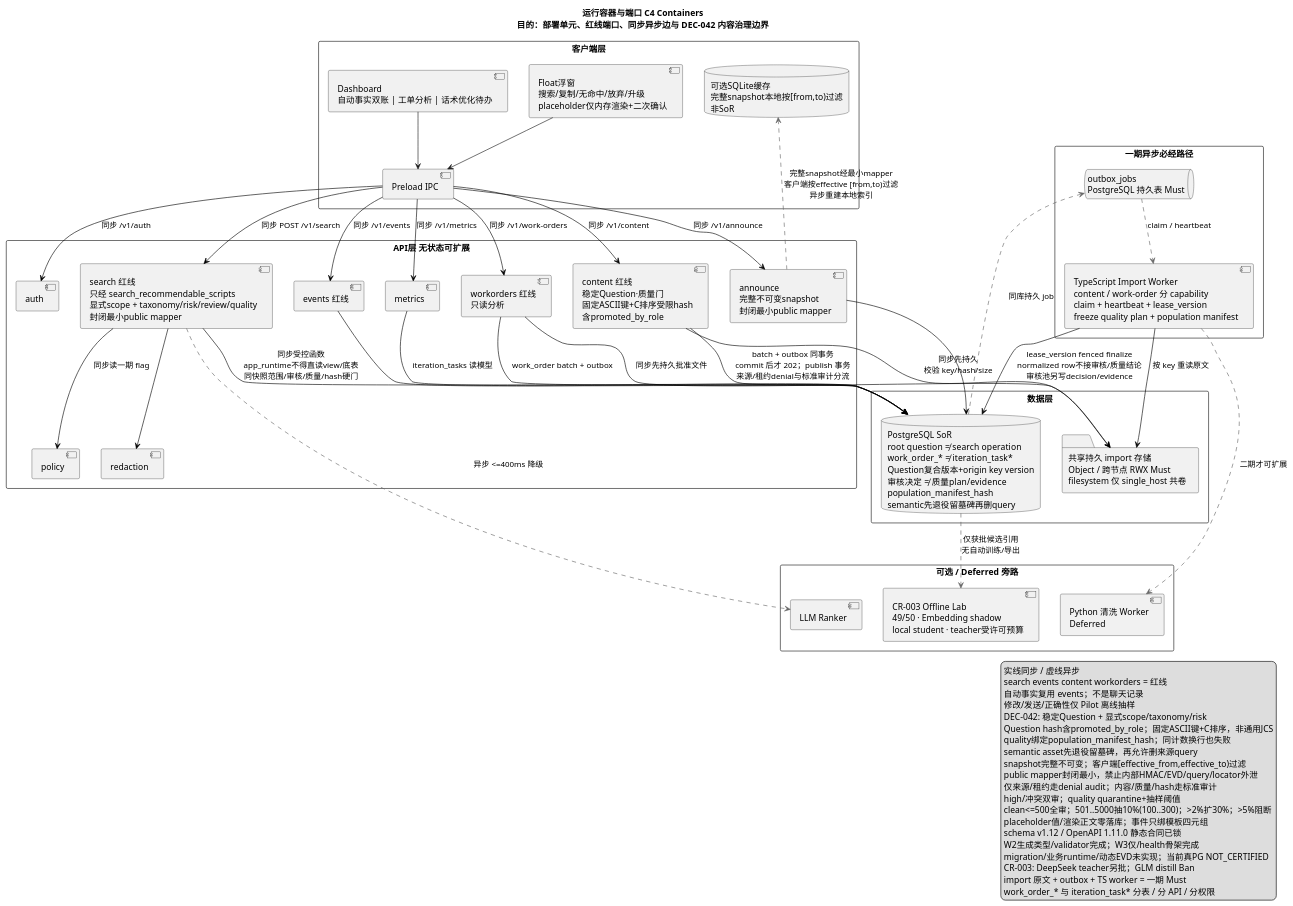
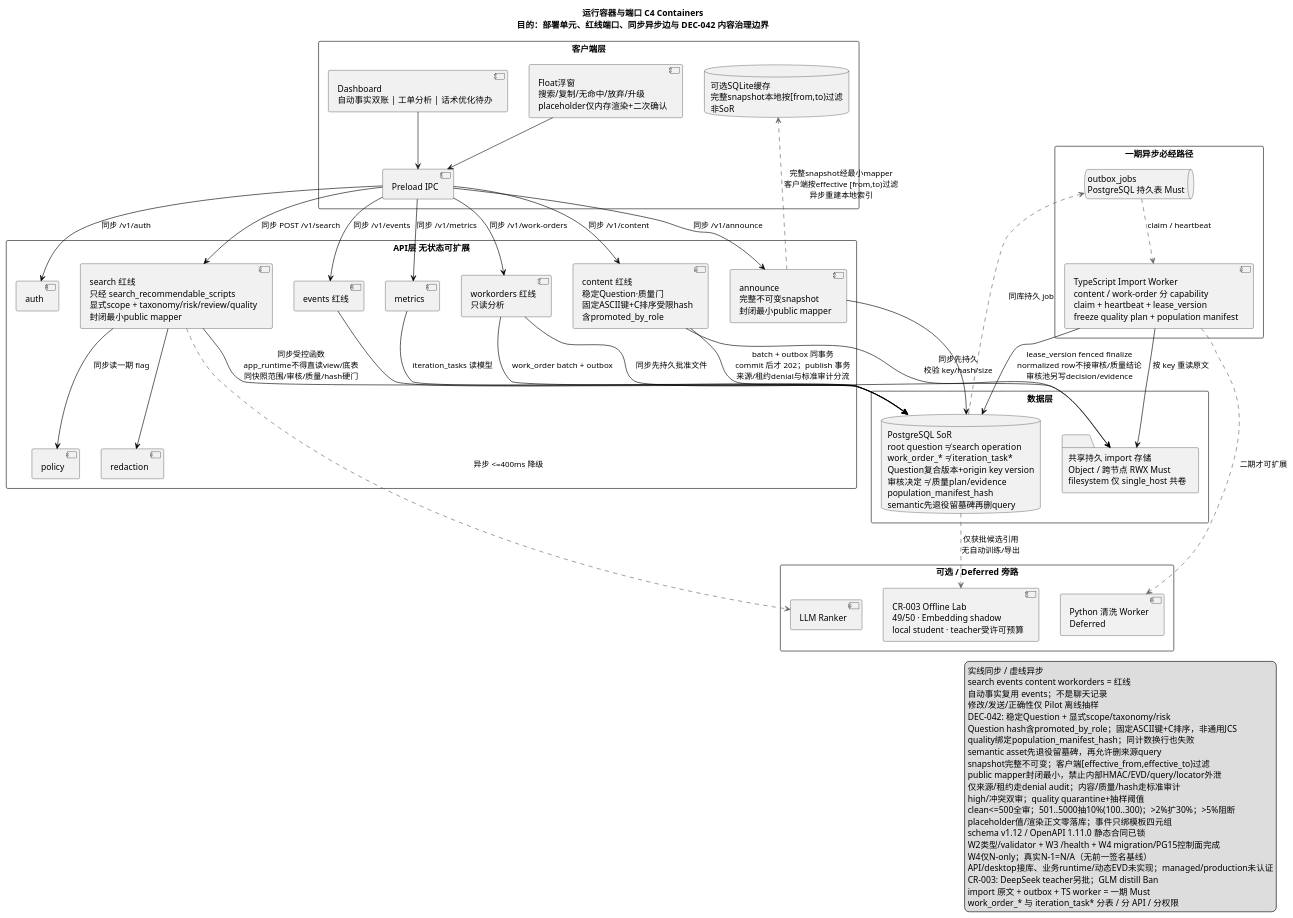
The diagram in business-docs/01-客服Agent项目/20-设计-进行中/diagrams/02-运行容器与端口.puml (weiweity/tianyuan-ai-brief), drawn with PlantUML before and after one commit. The commit also changed 30 other files, not shown here.

```diff
--- a/business-docs/01-客服Agent项目/20-设计-进行中/diagrams/02-运行容器与端口.puml
+++ b/business-docs/01-客服Agent项目/20-设计-进行中/diagrams/02-运行容器与端口.puml
@@ -1,92 +1,93 @@
 @startuml
 skinparam shadowing false
 title 运行容器与端口 C4 Containers\n目的：部署单元、红线端口、同步异步边与 DEC-042 内容治理边界
 
 rectangle "客户端层" {
   [Float浮窗\n搜索/复制/无命中/放弃/升级\nplaceholder仅内存渲染+二次确认] as Float
   [Dashboard\n自动事实双账 | 工单分析 | 话术优化待办] as Dash
   [Preload IPC] as IPC
   database "可选SQLite缓存\n完整snapshot本地按[from,to)过滤\n非SoR" as Cache
 }
 
 rectangle "API层 无状态可扩展" {
   [auth] as Auth
   [search 红线\n只经 search_recommendable_scripts\n显式scope + taxonomy/risk/review/quality\n封闭最小public mapper] as Search
   [events 红线] as Events
   [metrics] as Metrics
   [workorders 红线\n只读分析] as WorkOrders
   [content 红线\n稳定Question·质量门\n固定ASCII键+C排序受限hash\n含promoted_by_role] as Content
   [announce\n完整不可变snapshot\n封闭最小public mapper] as Announce
   [policy] as Policy
   [redaction] as Redact
 }
 
 rectangle "数据层" {
   database "PostgreSQL SoR\nroot question ≠ search operation\nwork_order_* ≠ iteration_task*\nQuestion复合版本+origin key version\n审核决定 ≠ 质量plan/evidence\npopulation_manifest_hash\nsemantic先退役留墓碑再删query" as PG
   folder "共享持久 import 存储\nObject / 跨节点 RWX Must\nfilesystem 仅 single_host 共卷" as OBJ
 }
 
 rectangle "一期异步必经路径" {
   queue "outbox_jobs\nPostgreSQL 持久表 Must" as Outbox
     [TypeScript Import Worker\ncontent / work-order 分 capability\nclaim + heartbeat + lease_version\nfreeze quality plan + population manifest] as ImportWorker
 }
 
 rectangle "可选 / Deferred 旁路" {
   [LLM Ranker] as LLM
   [Python 清洗 Worker\nDeferred] as CleanWorker
   [CR-003 Offline Lab\n49/50 · Embedding shadow\nlocal student · teacher受许可预算] as OfflineLab
 }
 
 Float --> IPC
 Dash --> IPC
 IPC -[#000000]-> Auth : 同步 /v1/auth
 IPC -[#000000]-> Search : 同步 POST /v1/search
 IPC -[#000000]-> Events : 同步 /v1/events
 IPC -[#000000]-> Metrics : 同步 /v1/metrics
 IPC -[#000000]-> WorkOrders : 同步 /v1/work-orders
 IPC -[#000000]-> Content : 同步 /v1/content
 IPC -[#000000]-> Announce : 同步 /v1/announce
 
 Search -[#000000]-> Redact
 Search -[#000000]-> Policy : 同步读一期 flag
 Search -[#000000]-> PG : 同步受控函数\napp_runtime不得直读view/底表\n同快照范围/审核/质量/hash硬门
 Events -[#000000]-> PG
 Metrics -[#000000]-> PG : iteration_tasks 读模型
 WorkOrders -[#000000]-> OBJ : 同步先持久批准文件
 WorkOrders -[#000000]-> PG : work_order batch + outbox
 Content -[#000000]-> OBJ : 同步先持久\n校验 key/hash/size
 Content -[#000000]-> PG : batch + outbox 同事务\ncommit 后才 202；publish 事务\n来源/租约denial与标准审计分流
 Announce -[#000000]-> PG
 
 Search -[#666666,dashed]-> LLM : 异步 <=400ms 降级
 PG -[#666666,dashed]-> Outbox : 同库持久 job
 Outbox -[#666666,dashed]-> ImportWorker : claim / heartbeat
 ImportWorker -[#000000]-> OBJ : 按 key 重读原文
 ImportWorker -[#000000]-> PG : lease_version fenced finalize\nnormalized row不接审核/质量结论\n审核池另写decision/evidence
 ImportWorker -[#666666,dashed]-> CleanWorker : 二期才可扩展
 Announce -[#666666,dashed]-> Cache : 完整snapshot经最小mapper\n客户端按effective [from,to)过滤\n异步重建本地索引
 PG -[#666666,dashed]-> OfflineLab : 仅获批候选引用\n无自动训练/导出
 
 legend right
   实线同步 / 虚线异步
   search events content workorders = 红线
   自动事实复用 events；不是聊天记录
   修改/发送/正确性仅 Pilot 离线抽样
   DEC-042: 稳定Question + 显式scope/taxonomy/risk
   Question hash含promoted_by_role；固定ASCII键+C排序，非通用JCS
   quality绑定population_manifest_hash；同计数换行也失败
   semantic asset先退役留墓碑，再允许删来源query
   snapshot完整不可变；客户端[effective_from,effective_to)过滤
   public mapper封闭最小，禁止内部HMAC/EVD/query/locator外泄
   仅来源/租约走denial audit；内容/质量/hash走标准审计
   high/冲突双审；quality quarantine+抽样阈值
   clean<=500全审；501..5000抽10%(100..300)；>2%扩30%；>5%阻断
   placeholder值/渲染正文零落库；事件只绑模板四元组
   schema v1.12 / OpenAPI 1.11.0 静态合同已锁
-  W2生成类型/validator完成；W3仅/health骨架完成
-  migration/业务runtime/动态EVD未实现；当前真PG NOT_CERTIFIED
+  W2类型/validator + W3 /health + W4 migration/PG15控制面完成
+  W4仅N-only；真实N-1=N/A（无前一签名基线）
+  API/desktop接库、业务runtime/动态EVD未实现；managed/production未认证
   CR-003: DeepSeek teacher另批；GLM distill Ban
   import 原文 + outbox + TS worker = 一期 Must
   work_order_* 与 iteration_task* 分表 / 分 API / 分权限
 endlegend
 @enduml
```
